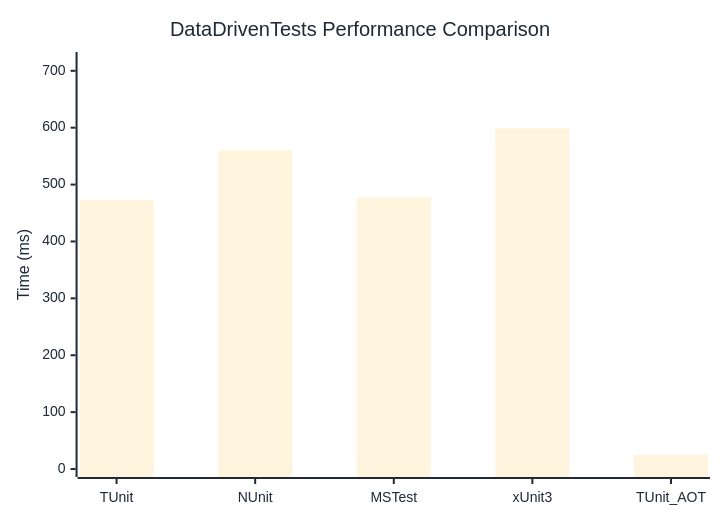
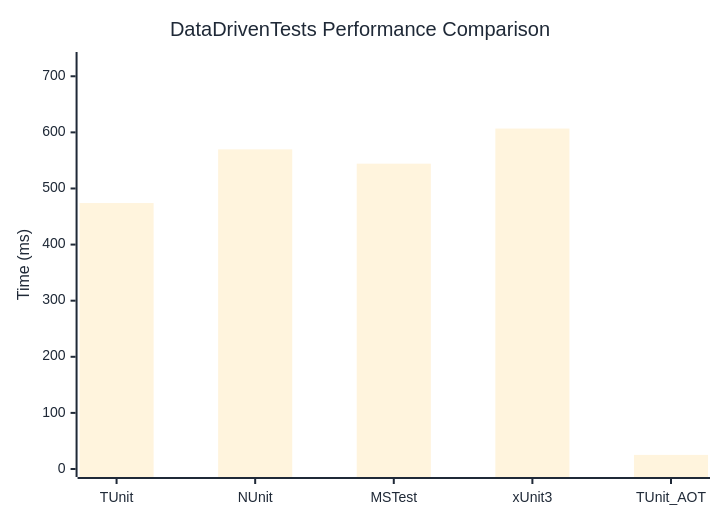
The diagram in docs/docs/benchmarks/DataDrivenTests.md (thomhurst/TUnit), drawn with Mermaid before and after one commit. The commit also changed other lines of this file and 17 other files, not shown here.

````diff
--- a/docs/docs/benchmarks/DataDrivenTests.md
+++ b/docs/docs/benchmarks/DataDrivenTests.md
@@ -27,37 +27,37 @@
 ```mermaid
 %%{init: {
   'theme':'base',
   'themeVariables': {
     'primaryColor': '#2563eb',
     'primaryTextColor': '#1f2937',
     'primaryBorderColor': '#1e40af',
     'lineColor': '#6b7280',
     'secondaryColor': '#7c3aed',
     'tertiaryColor': '#dc2626',
     'background': '#ffffff',
     'mainBkg': '#2563eb',
     'secondBkg': '#7c3aed',
     'tertiaryBkg': '#dc2626',
     'clusterBkg': '#f3f4f6',
     'edgeLabelBackground': '#ffffff',
     'tertiaryTextColor': '#1f2937',
     'pie1': '#2563eb',
     'pie2': '#7c3aed',
     'pie3': '#dc2626',
     'pie4': '#f59e0b',
     'pie5': '#10b981',
     'pie6': '#06b6d4',
     'pie7': '#ec4899',
     'pie8': '#6366f1',
     'pie9': '#84cc16',
     'pie10': '#f97316',
     'pie11': '#14b8a6',
     'pie12': '#a855f7'
   }
 }}%%
 xychart-beta
   title "DataDrivenTests Performance Comparison"
   x-axis ["TUnit", "NUnit", "MSTest", "xUnit3", "TUnit_AOT"]
-  y-axis "Time (ms)" 0 --> 719
-  bar [472.94, 560.16, 477.3, 598.98, 25.13]
+  y-axis "Time (ms)" 0 --> 729
+  bar [474.05, 569.7, 544.23, 606.81, 25.12]
 ```
````
